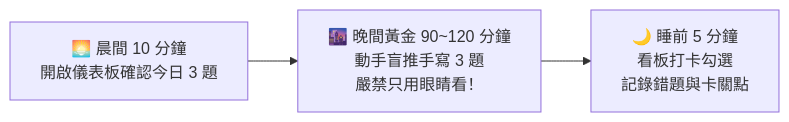
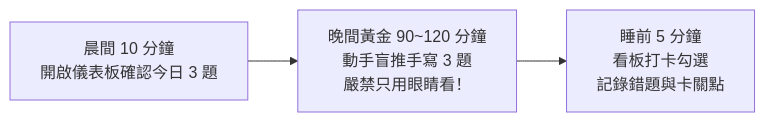
Before and after one commit to DB2BD/ee-exam-workbench: the diagram in docs/01_備考計畫/每日進度追蹤看板.md, drawn with Mermaid. The commit also changed other lines of this file and 320 other files, not shown here.

````diff
--- a/docs/01_備考計畫/每日進度追蹤看板.md
+++ b/docs/01_備考計畫/每日進度追蹤看板.md
@@ -32,5 +32,5 @@
 ```mermaid
 graph LR
-    A[🌅 晨間 10 分鐘<br>開啟儀表板確認今日 3 題] --> B[🌆 晚間黃金 90~120 分鐘<br>動手盲推手寫 3 題<br>嚴禁只用眼睛看！]
-    B --> C[🌙 睡前 5 分鐘<br>看板打卡勾選<br>記錄錯題與卡關點]
+    A[晨間 10 分鐘<br>開啟儀表板確認今日 3 題] --> B[晚間黃金 90~120 分鐘<br>動手盲推手寫 3 題<br>嚴禁只用眼睛看！]
+    B --> C[睡前 5 分鐘<br>看板打卡勾選<br>記錄錯題與卡關點]
 ```
````
